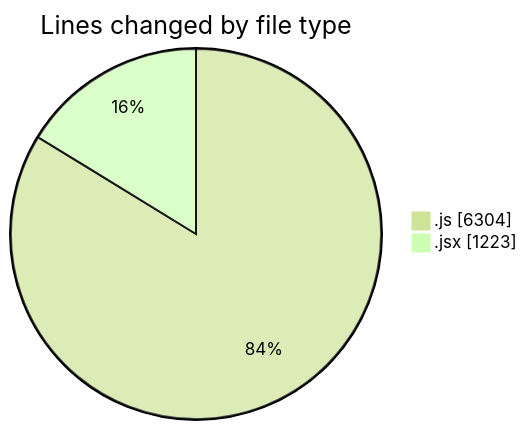
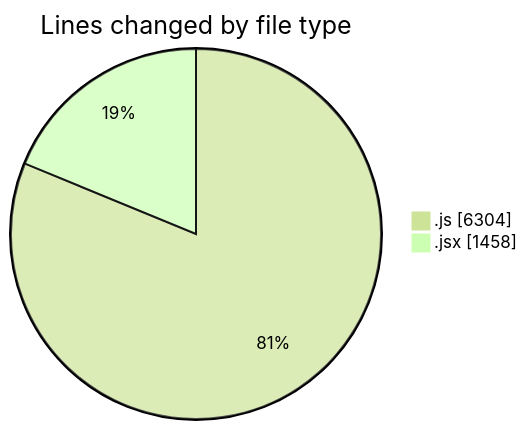
One commit to nxtqubesakshisongat/code-tracking changed the first of 2 diagrams in 2025-09-24/nxtqube_webapp/README.md. Above: the diagram before and after it, drawn with Mermaid (forest theme). The commit also changed other lines of this file and 1 other file, not shown here.

````diff
--- a/2025-09-24/nxtqube_webapp/README.md
+++ b/2025-09-24/nxtqube_webapp/README.md
@@ -23,6 +23,6 @@
 ```mermaid
 pie showData
 title Lines changed by file type
 ".js" : 6304
-".jsx" : 1223
+".jsx" : 1458
 ```
````
